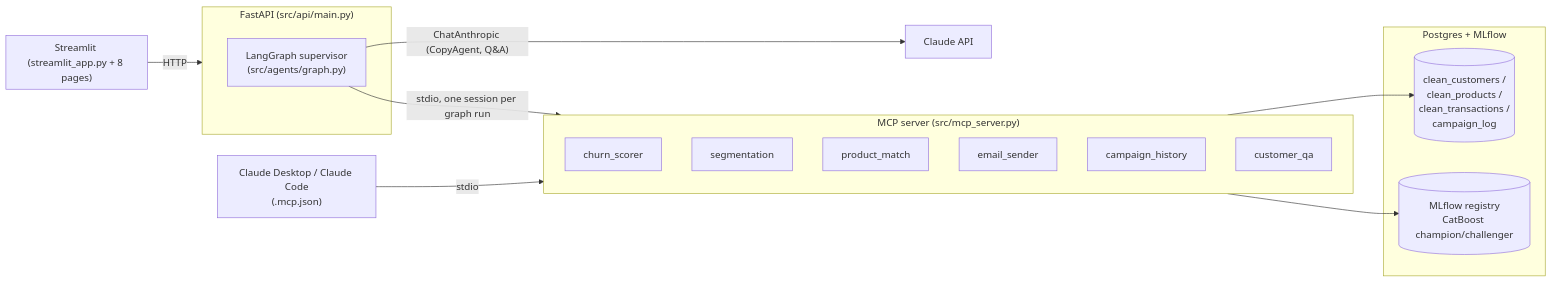
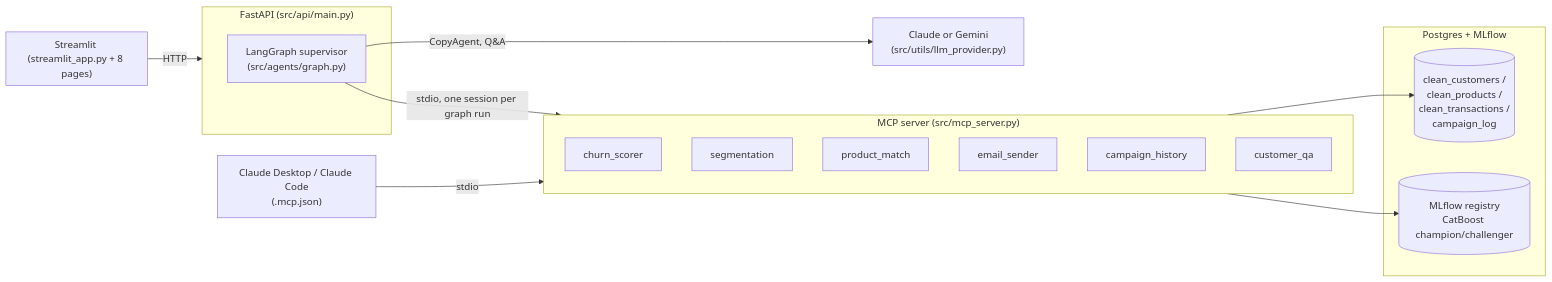
Before and after one commit to Paulerpro/Marketing-Agentic-AI: the diagram in README.md, drawn with Mermaid. The commit also changed other lines of this file and 15 other files, not shown here.

````diff
--- a/README.md
+++ b/README.md
@@ -16,28 +16,28 @@
 ```mermaid
 flowchart LR
     subgraph UI["Streamlit (streamlit_app.py + 8 pages)"]
     end
     subgraph API["FastAPI (src/api/main.py)"]
         G["LangGraph supervisor\n(src/agents/graph.py)"]
     end
     subgraph MCP["MCP server (src/mcp_server.py)"]
         T1[churn_scorer]
         T2[segmentation]
         T3[product_match]
         T4[email_sender]
         T5[campaign_history]
         T6[customer_qa]
     end
     subgraph Data["Postgres + MLflow"]
         DB[(clean_customers /\nclean_products /\nclean_transactions /\ncampaign_log)]
         MLF[(MLflow registry\nCatBoost champion/challenger)]
     end
     CD["Claude Desktop / Claude Code\n(.mcp.json)"]
 
     UI -- HTTP --> API
     G -- stdio, one session per graph run --> MCP
     CD -- stdio --> MCP
     MCP --> DB
     MCP --> MLF
-    G -- ChatAnthropic (CopyAgent, Q&A) --> Claude[Claude API]
+    G -- CopyAgent, Q&A --> LLM["Claude or Gemini\n(src/utils/llm_provider.py)"]
 ```
````
